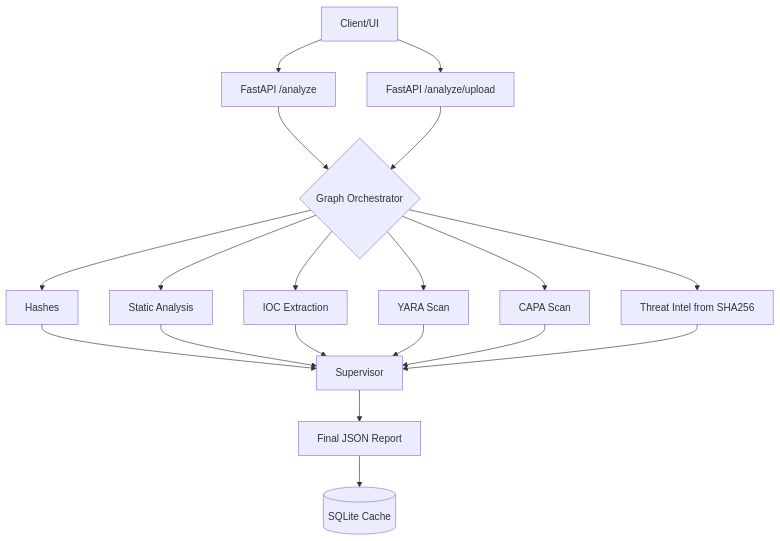
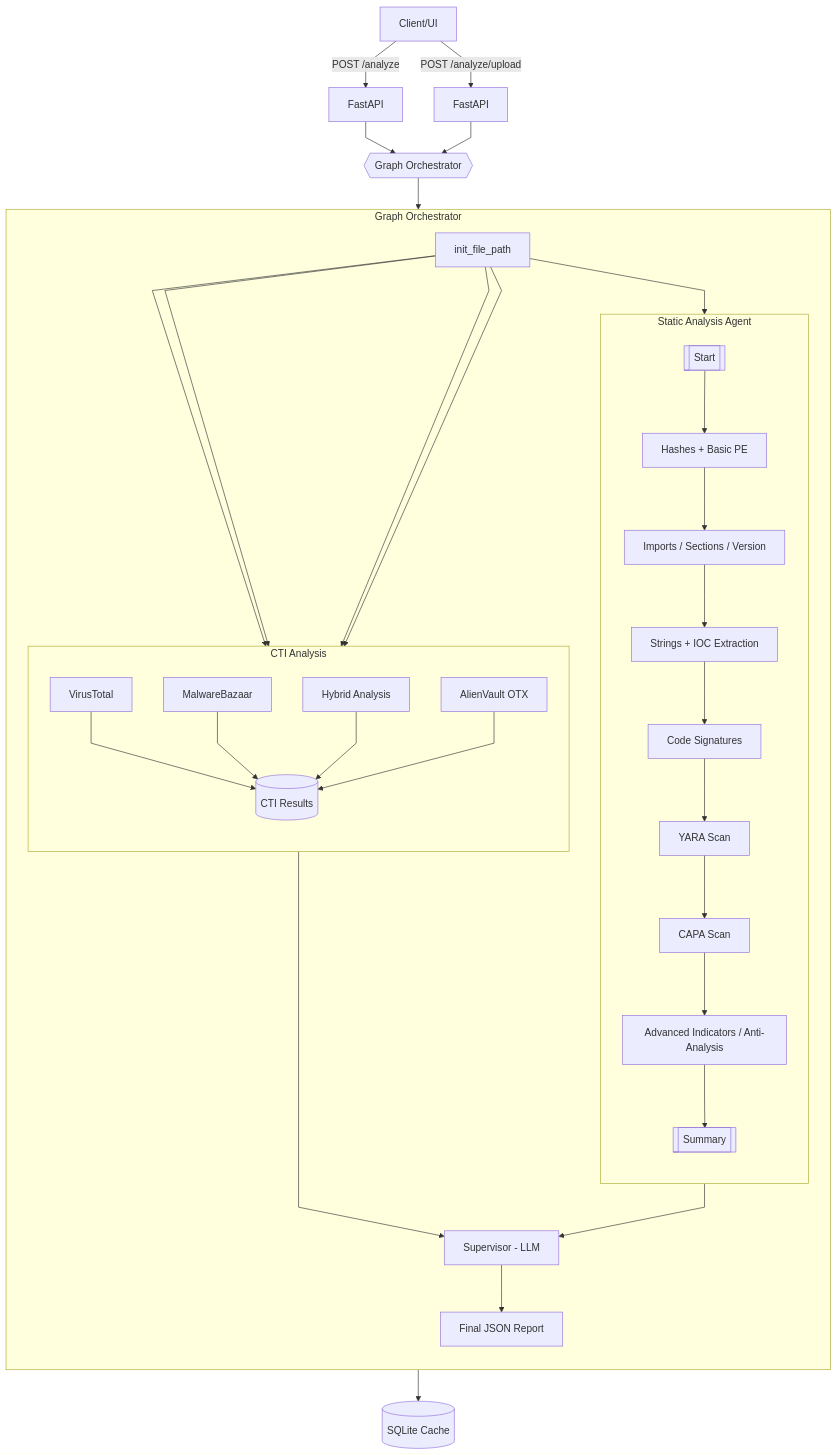
The first of 2 diagrams in docs/architecture.md (akajhon/MalOps-Agent), drawn with Mermaid before and after one commit. The commit also changed other lines of this file and 20 other files, not shown here.

````diff
--- a/docs/architecture.md
+++ b/docs/architecture.md
@@ -9,21 +9,54 @@
 ```mermaid
+---
+config:
+  flowchart:
+    curve: linear
+---
 flowchart TD
-    A[Client/UI] --> B[FastAPI /analyze]
-    A --> B2[FastAPI /analyze/upload]
-    B --> C{Graph Orchestrator}
-    B2 --> C
-    C --> H[Hashes]
-    C --> P[Static Analysis]
-    C --> I[IOC Extraction]
-    C --> Y[YARA Scan]
-    C --> K[CAPA Scan]
-    C --> T[Threat Intel from SHA256]
-    H --> S[Supervisor]
-    P --> S
-    I --> S
-    Y --> S
-    K --> S
-    T --> S
-    S --> R[Final JSON Report]
-    R --> DB[(SQLite Cache)]
+  %% Entry points and API
+  A[Client/UI] -->|POST /analyze| B[FastAPI]
+  A -->|POST /analyze/upload| B2[FastAPI]
+  B --> C{{Graph Orchestrator}}
+  B2 --> C
+
+  %% Internal graph orchestration
+  subgraph C_Graph[Graph Orchestrator]
+    direction TB
+
+    IFP[init_file_path]
+
+    %% ---- Static Analysis agent ----
+    subgraph SA[Static Analysis Agent]
+      direction TB
+      SA_START[[Start]] --> H[Hashes + Basic PE] --> IMP[Imports / Sections / Version] --> STR[Strings + IOC Extraction] --> SIG[Code Signatures] --> Y[YARA Scan] --> K[CAPA Scan] --> ADV[Advanced Indicators / Anti-Analysis] --> SA_END[[Summary]]
+    end
+
+    %% ---- CTI Analysis ----
+    subgraph CTI[CTI Analysis]
+      direction TB
+      VT[VirusTotal]
+      MB[MalwareBazaar]
+      HA[Hybrid Analysis]
+      OTX[AlienVault OTX]
+      CTI_AGG[(CTI Results)]
+      VT --> CTI_AGG
+      MB --> CTI_AGG
+      HA --> CTI_AGG
+      OTX --> CTI_AGG
+    end
+
+    %% Wiring between nodes (not subgraph IDs)
+    IFP --> SA_START
+    IFP --> VT
+    IFP --> MB
+    IFP --> HA
+    IFP --> OTX
+
+    SA_END --> SUP[Supervisor - LLM]
+    CTI_AGG --> SUP
+    SUP --> OUT[Final JSON Report]
+  end
+
+  C --> IFP
+  OUT --> DB[(SQLite Cache)]
 ```
````
